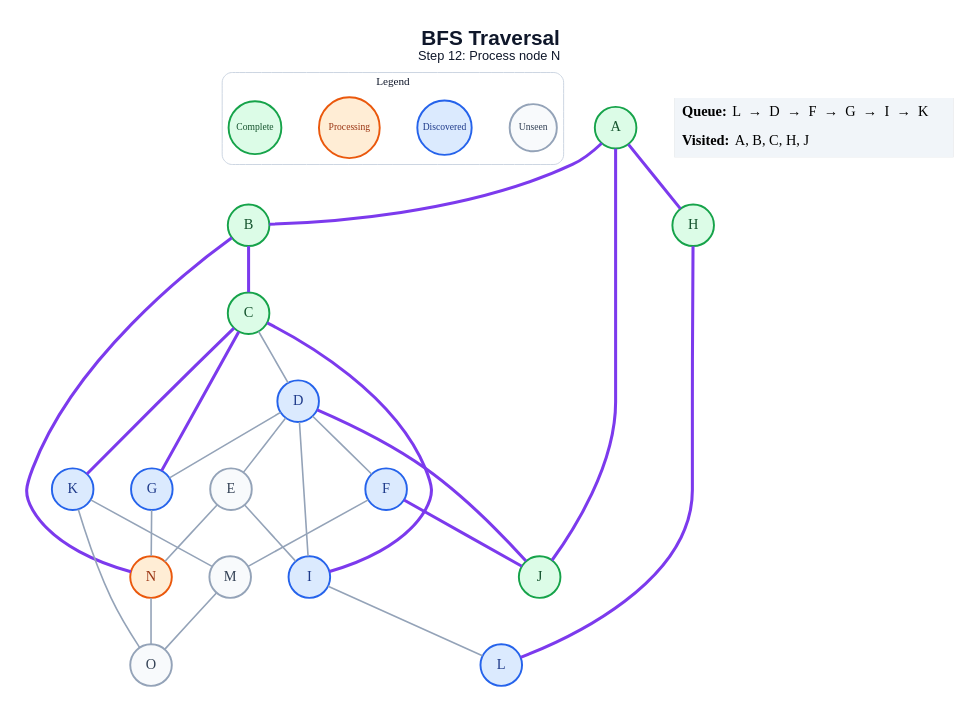
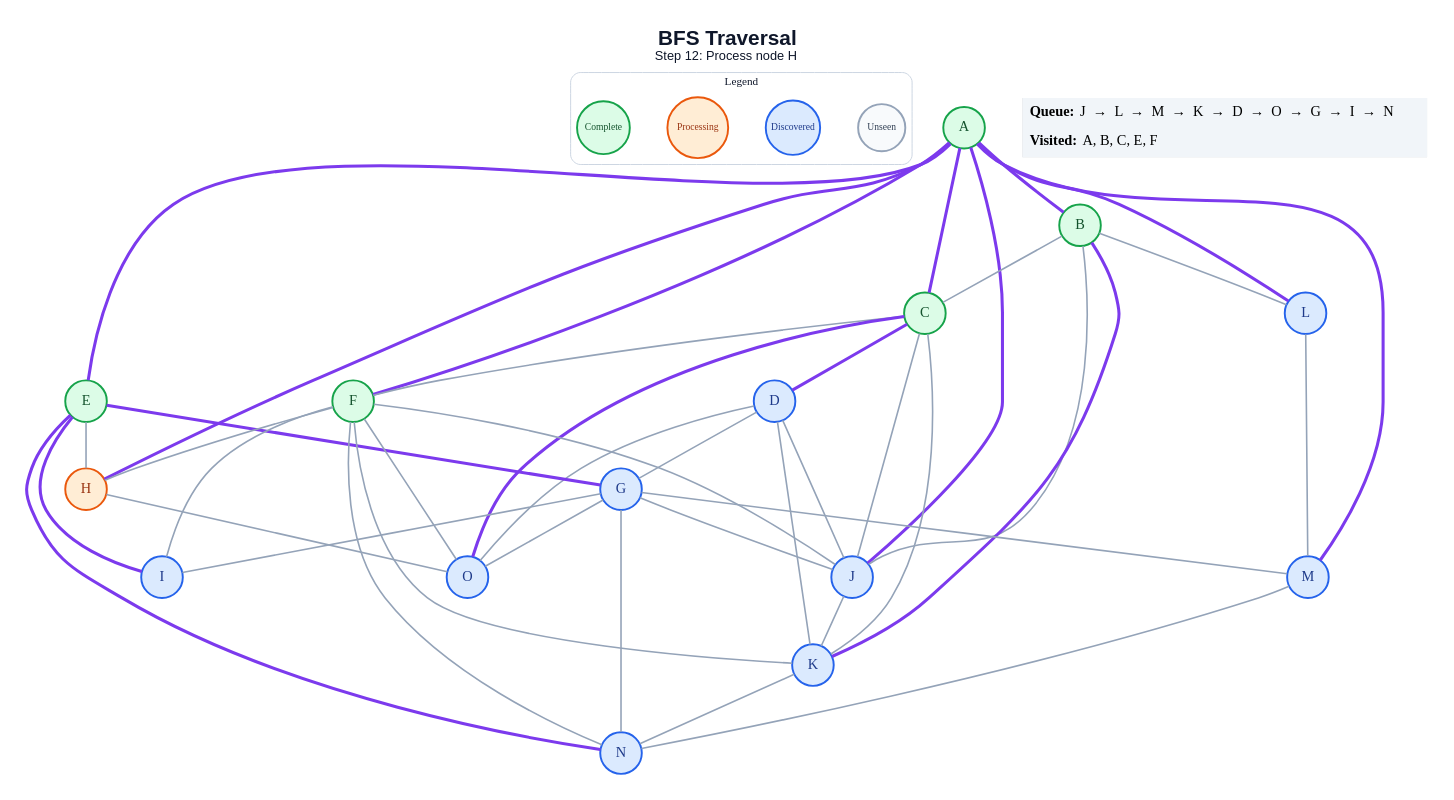
One commit to anon7238593-create/ai-slop changed the diagram in generated/bfs/step_12.dot. Above: the diagram before and after it, drawn with Graphviz. The commit also changed 265 other files, not shown here.

```diff
--- a/generated/bfs/step_12.dot
+++ b/generated/bfs/step_12.dot
@@ -1,59 +1,75 @@
 graph traversal {
   graph [layout=dot, rankdir=TB, bgcolor="#FFFFFF", pad="0.35", nodesep="0.65", ranksep="0.8", fontname="Arial"];
   node [shape=circle, style="filled", fontname="Arial Bold", fontsize=18, width=0.72, fixedsize=true, penwidth=2.4];
   edge [color="#94A3B8", penwidth=2.0];
-  label=<<B>BFS Traversal</B><BR/><FONT POINT-SIZE="16">Step 12: Process node N</FONT>>; labelloc="t"; fontsize=26; fontname="Arial"; fontcolor="#0F172A";
+  label=<<B>BFS Traversal</B><BR/><FONT POINT-SIZE="16">Step 12: Process node H</FONT>>; labelloc="t"; fontsize=26; fontname="Arial"; fontcolor="#0F172A";
   subgraph cluster_legend { label="Legend"; color="#CBD5E1"; penwidth=1.2; style="rounded"; fontsize=14; fontname="Arial Bold";
     key_unseen [label="Unseen", fillcolor="#F8FAFC", color="#94A3B8", fontcolor="#334155", fontsize=12, width=0.82];
     key_frontier [label="Discovered", fillcolor="#DBEAFE", color="#2563EB", fontcolor="#1E3A8A", fontsize=12, width=0.95];
     key_current [label="Processing", fillcolor="#FFEDD5", color="#EA580C", fontcolor="#9A3412", fontsize=12, width=1.05];
     key_done [label="Complete", fillcolor="#DCFCE7", color="#16A34A", fontcolor="#14532D", fontsize=12, width=0.92];
     { rank=same; key_unseen; key_frontier; key_current; key_done; }
   }
   A [fillcolor="#DCFCE7", color="#16A34A", fontcolor="#14532D"];
   B [fillcolor="#DCFCE7", color="#16A34A", fontcolor="#14532D"];
   C [fillcolor="#DCFCE7", color="#16A34A", fontcolor="#14532D"];
   D [fillcolor="#DBEAFE", color="#2563EB", fontcolor="#1E3A8A"];
-  E [fillcolor="#F8FAFC", color="#94A3B8", fontcolor="#334155"];
-  F [fillcolor="#DBEAFE", color="#2563EB", fontcolor="#1E3A8A"];
+  E [fillcolor="#DCFCE7", color="#16A34A", fontcolor="#14532D"];
+  F [fillcolor="#DCFCE7", color="#16A34A", fontcolor="#14532D"];
   G [fillcolor="#DBEAFE", color="#2563EB", fontcolor="#1E3A8A"];
-  H [fillcolor="#DCFCE7", color="#16A34A", fontcolor="#14532D"];
+  H [fillcolor="#FFEDD5", color="#EA580C", fontcolor="#9A3412"];
   I [fillcolor="#DBEAFE", color="#2563EB", fontcolor="#1E3A8A"];
-  J [fillcolor="#DCFCE7", color="#16A34A", fontcolor="#14532D"];
+  J [fillcolor="#DBEAFE", color="#2563EB", fontcolor="#1E3A8A"];
   K [fillcolor="#DBEAFE", color="#2563EB", fontcolor="#1E3A8A"];
   L [fillcolor="#DBEAFE", color="#2563EB", fontcolor="#1E3A8A"];
-  M [fillcolor="#F8FAFC", color="#94A3B8", fontcolor="#334155"];
-  N [fillcolor="#FFEDD5", color="#EA580C", fontcolor="#9A3412"];
-  O [fillcolor="#F8FAFC", color="#94A3B8", fontcolor="#334155"];
+  M [fillcolor="#DBEAFE", color="#2563EB", fontcolor="#1E3A8A"];
+  N [fillcolor="#DBEAFE", color="#2563EB", fontcolor="#1E3A8A"];
+  O [fillcolor="#DBEAFE", color="#2563EB", fontcolor="#1E3A8A"];
   A -- B [color="#7C3AED", penwidth=3.8];
+  A -- C [color="#7C3AED", penwidth=3.8];
+  A -- E [color="#7C3AED", penwidth=3.8];
+  A -- F [color="#7C3AED", penwidth=3.8];
   A -- H [color="#7C3AED", penwidth=3.8];
   A -- J [color="#7C3AED", penwidth=3.8];
-  B -- C [color="#7C3AED", penwidth=3.8];
-  B -- N [color="#7C3AED", penwidth=3.8];
-  C -- D;
-  C -- G [color="#7C3AED", penwidth=3.8];
-  C -- I [color="#7C3AED", penwidth=3.8];
-  C -- K [color="#7C3AED", penwidth=3.8];
-  D -- E;
-  D -- F;
+  A -- L [color="#7C3AED", penwidth=3.8];
+  A -- M [color="#7C3AED", penwidth=3.8];
+  B -- C;
+  B -- J;
+  B -- K [color="#7C3AED", penwidth=3.8];
+  B -- L;
+  C -- D [color="#7C3AED", penwidth=3.8];
+  C -- F;
+  C -- J;
+  C -- K;
+  C -- O [color="#7C3AED", penwidth=3.8];
   D -- G;
-  D -- I;
-  D -- J [color="#7C3AED", penwidth=3.8];
-  E -- I;
-  E -- N;
-  F -- J [color="#7C3AED", penwidth=3.8];
-  F -- M;
+  D -- J;
+  D -- K;
+  D -- O;
+  E -- G [color="#7C3AED", penwidth=3.8];
+  E -- H;
+  E -- I [color="#7C3AED", penwidth=3.8];
+  E -- N [color="#7C3AED", penwidth=3.8];
+  F -- H;
+  F -- I;
+  F -- J;
+  F -- K;
+  F -- N;
+  F -- O;
+  G -- I;
+  G -- J;
+  G -- M;
   G -- N;
-  H -- L [color="#7C3AED", penwidth=3.8];
-  I -- L;
-  K -- M;
-  K -- O;
-  M -- O;
-  N -- O;
+  G -- O;
+  H -- O;
+  J -- K;
+  K -- N;
+  L -- M;
+  M -- N;
   status [shape=plain, fixedsize=false, width=0, height=0, margin=0, label=<
     <TABLE BORDER="0" CELLBORDER="0" CELLPADDING="7" BGCOLOR="#F1F5F9">
-      <TR><TD ALIGN="LEFT"><B>Queue:</B> L  →  D  →  F  →  G  →  I  →  K</TD></TR>
-      <TR><TD ALIGN="LEFT"><B>Visited:</B> A, B, C, H, J</TD></TR>
+      <TR><TD ALIGN="LEFT"><B>Queue:</B> J  →  L  →  M  →  K  →  D  →  O  →  G  →  I  →  N</TD></TR>
+      <TR><TD ALIGN="LEFT"><B>Visited:</B> A, B, C, E, F</TD></TR>
     </TABLE>
   >];
 }
```
